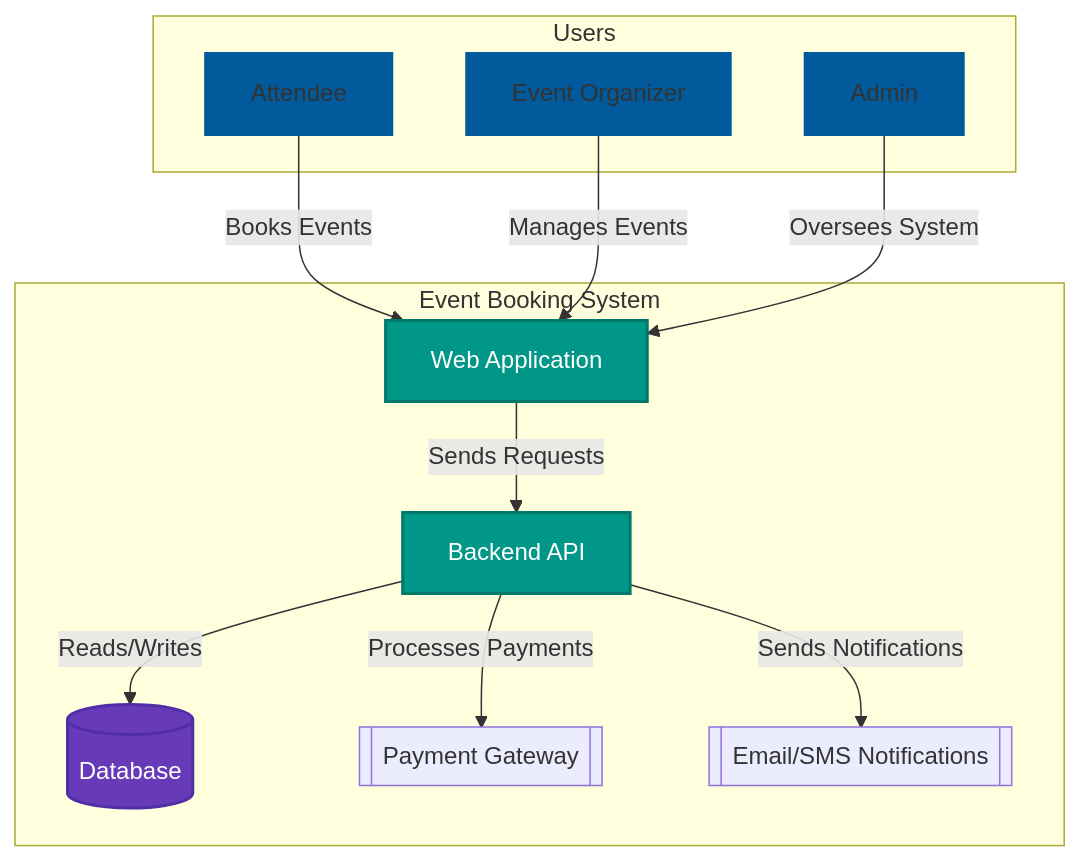
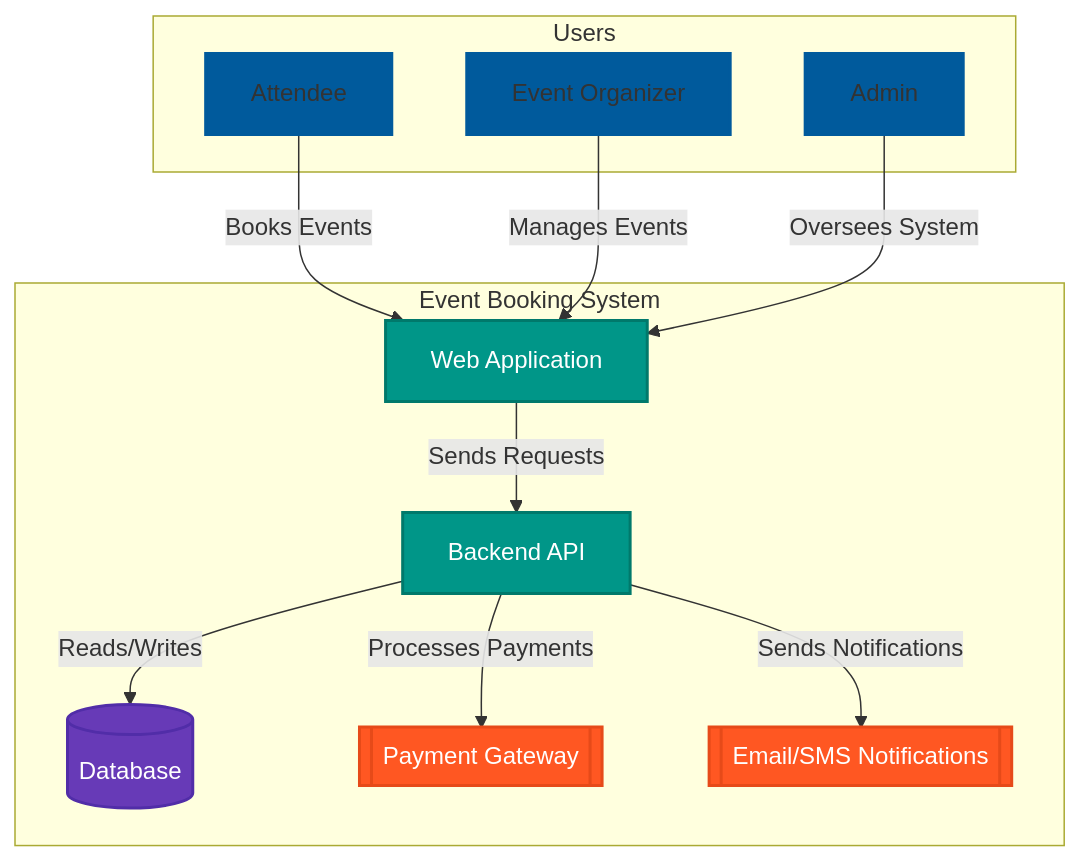
The first of 4 diagrams in ARCHITECTURE.md (celeste-smith/event-booking-system), drawn with Mermaid before and after one commit.

````diff
--- a/ARCHITECTURE.md
+++ b/ARCHITECTURE.md
@@ -33,37 +33,39 @@
 ```mermaid
 graph TD;
     %% Define styles
-    classDef userStyle fill:#005A9C,stroke:#005A9C,stroke-width:2px;
+    classDef userStyle fill: #005a9c,stroke:#005a9c,stroke-width:2px;
     classDef systemStyle fill:#009688,stroke:#00796B,stroke-width:2px,color:white;
     classDef serviceStyle fill:#607D8B,stroke:#455A64,stroke-width:2px,color:white;
     classDef dbStyle fill:#673AB7,stroke:#512DA8,stroke-width:2px,color:white;
     classDef externalStyle fill:#FF5722,stroke:#E64A19,stroke-width:2px,color:white;
     
     subgraph Users["Users"]
         Attendee["Attendee"]
         Organizer["Event Organizer"]
         Admin["Admin"]
     end
     
     subgraph EventBookingSystem["Event Booking System"]
         WebApp["Web Application"]
         API["Backend API"]
         DB[("Database")]
         PaymentGateway[["Payment Gateway"]]
         NotificationService[["Email/SMS Notifications"]]
     end
     
     %% Define relationships
     Attendee -- Books Events --> WebApp;
     Organizer -- Manages Events --> WebApp;
     Admin -- Oversees System --> WebApp;
     WebApp -- Sends Requests --> API;
     API -- Reads/Writes --> DB;
     API -- Processes Payments --> PaymentGateway;
     API -- Sends Notifications --> NotificationService;
 
     %% Apply styles
     class Attendee,Organizer,Admin userStyle;
     class WebApp,API systemStyle;
     class DB dbStyle;
+    class PaymentGateway,NotificationService externalStyle;
+
 ```
````
